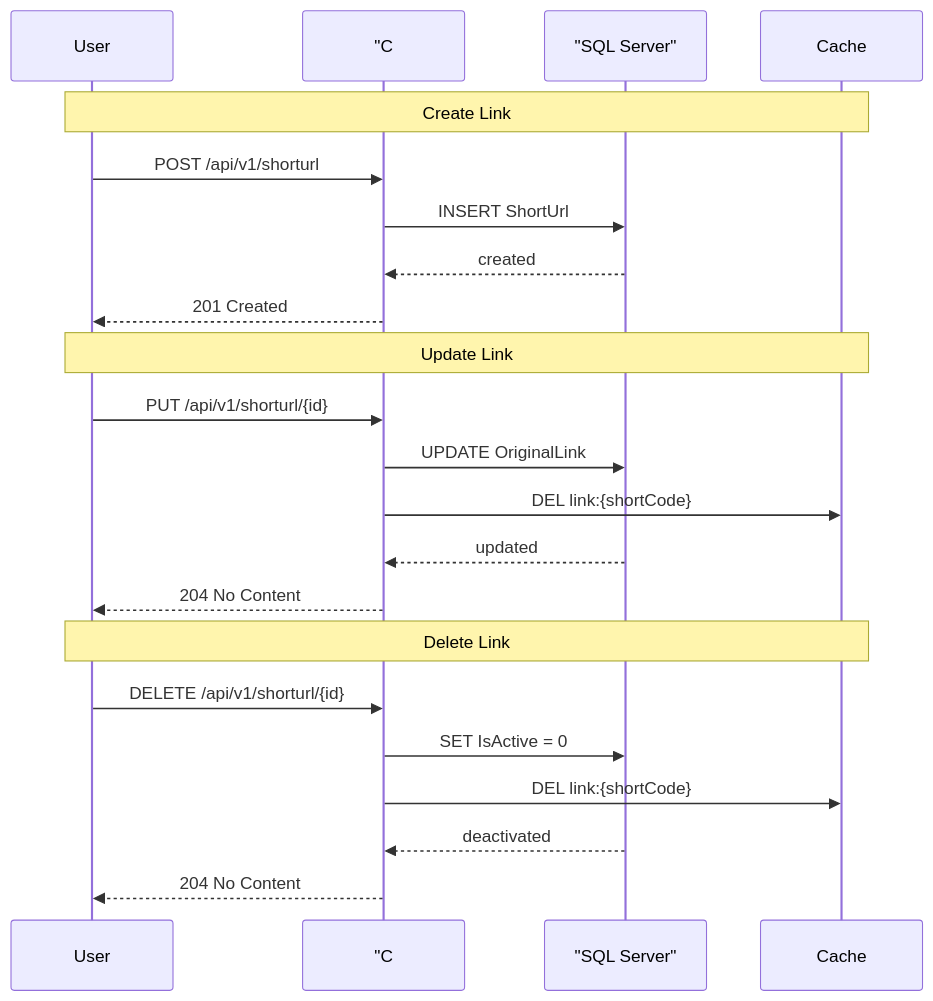
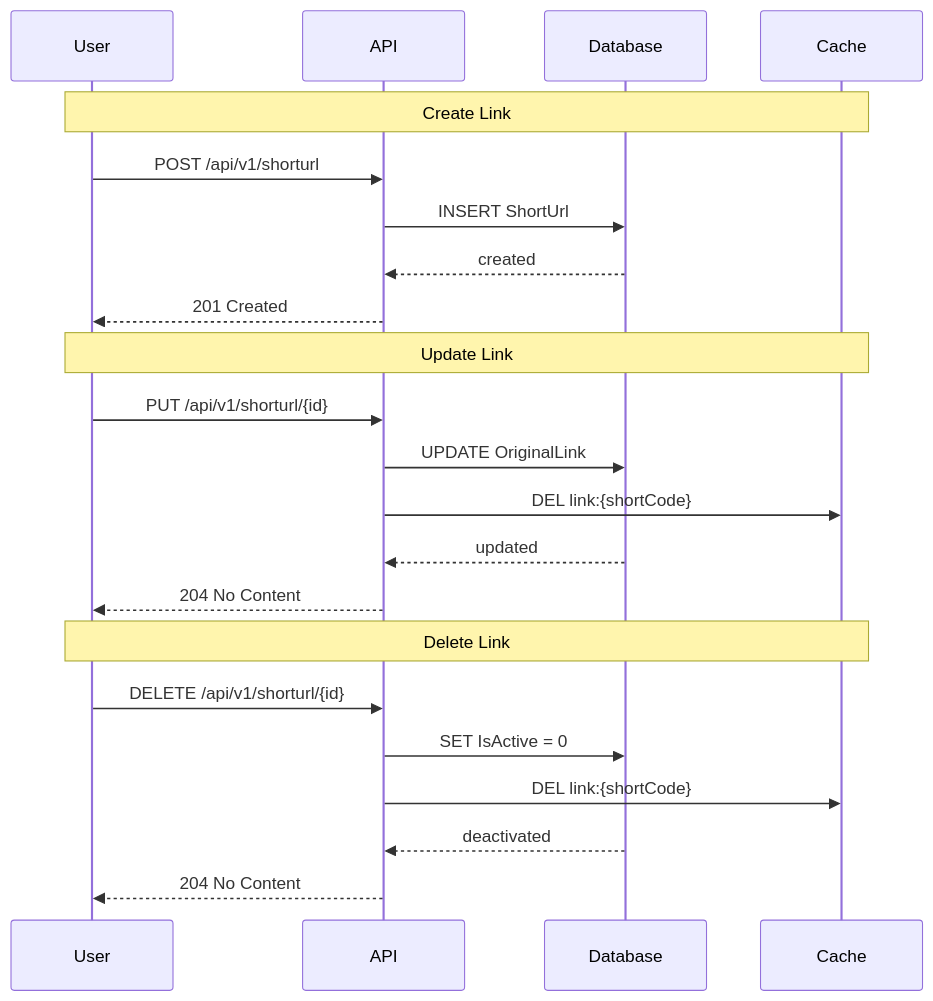
Before and after one commit to mohamedmahmoud345/ShortLink: the third of 3 diagrams in README.md, drawn with Mermaid.

Commit message:
docs: fix admin flow Mermaid diagram, remove duplicate participant

````diff
--- a/README.md
+++ b/README.md
@@ -52,27 +52,27 @@
 ```mermaid
 sequenceDiagram
     participant User
-    participant API as "C# Admin API"
-    participant Database as "SQL Server"
+    participant API
+    participant Database
     participant Cache
 
     Note over User,Cache: Create Link
     User->>API: POST /api/v1/shorturl
     API->>Database: INSERT ShortUrl
     Database-->>API: created
     API-->>User: 201 Created
 
     Note over User,Cache: Update Link
     User->>API: PUT /api/v1/shorturl/{id}
     API->>Database: UPDATE OriginalLink
     API->>Cache: DEL link:{shortCode}
     Database-->>API: updated
     API-->>User: 204 No Content
 
     Note over User,Cache: Delete Link
     User->>API: DELETE /api/v1/shorturl/{id}
     API->>Database: SET IsActive = 0
     API->>Cache: DEL link:{shortCode}
     Database-->>API: deactivated
     API-->>User: 204 No Content
 ```
````
